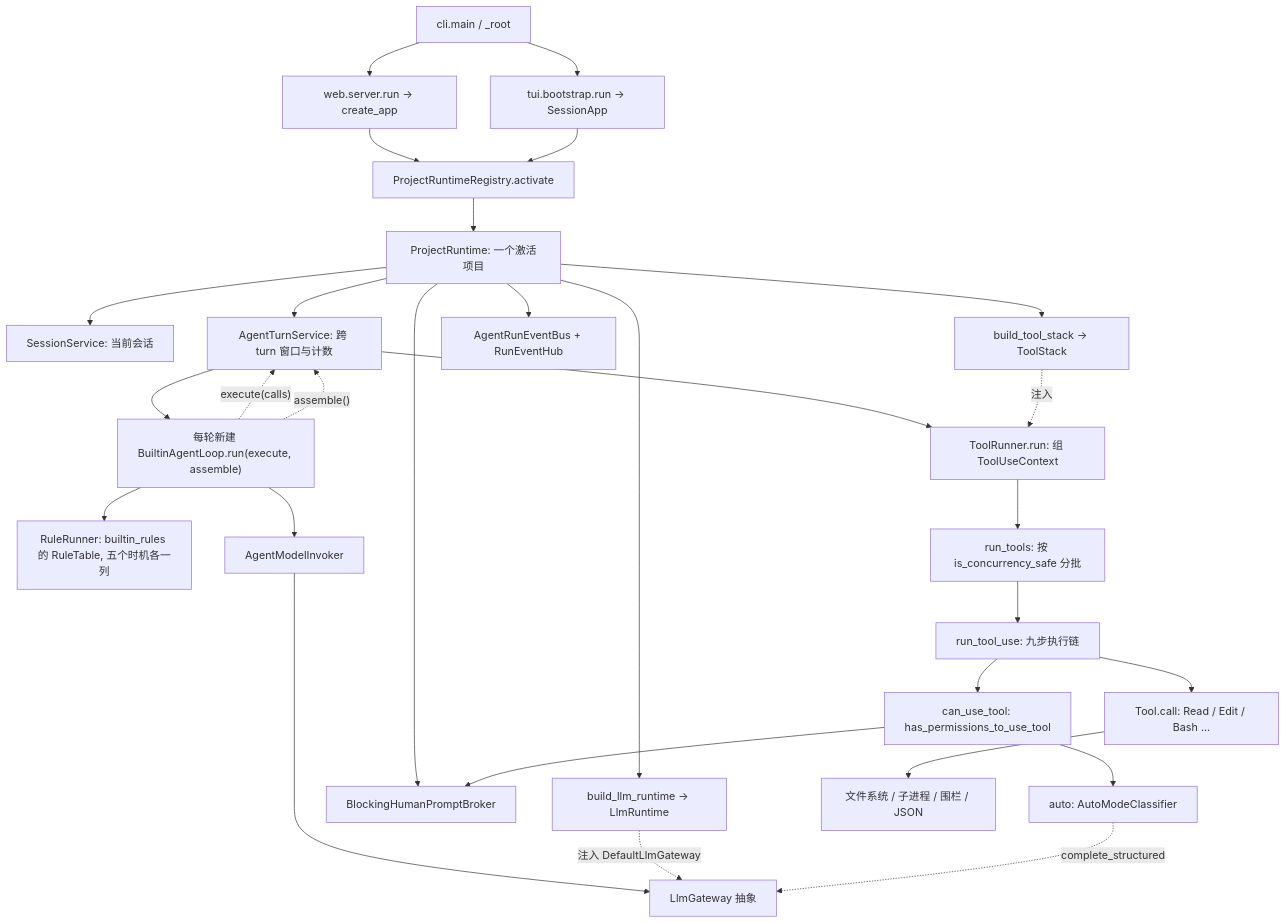
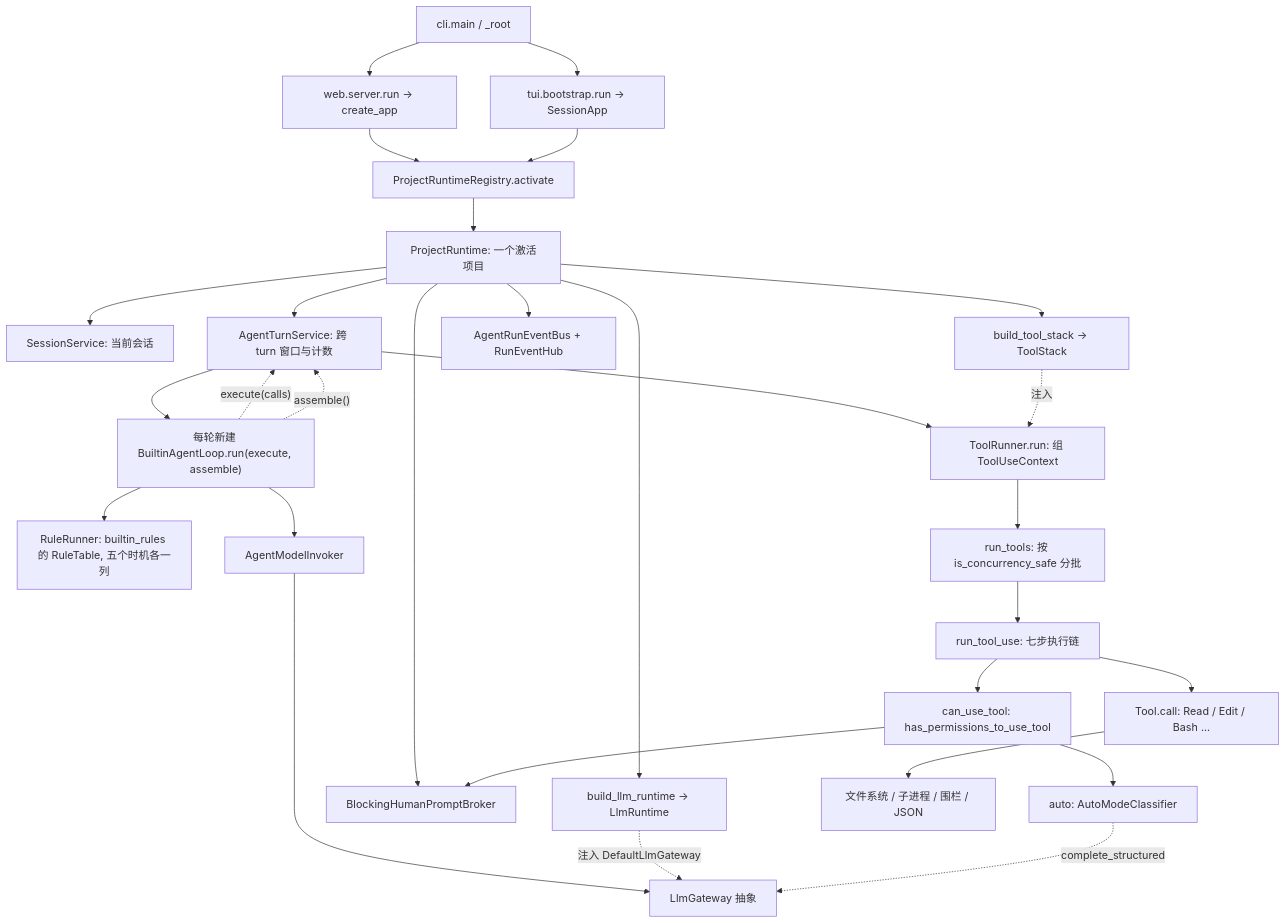
Before and after one commit to qubaolai/ForgeCLI: the first of 53 diagrams in docs/06-代码阅读线路.md, drawn with Mermaid. The commit also changed other lines of this file and 54 other files, not shown here.

````diff
--- a/docs/06-代码阅读线路.md
+++ b/docs/06-代码阅读线路.md
@@ -95,31 +95,31 @@
 ```mermaid
 flowchart TD
     Entry["cli.main / _root"] --> Web["web.server.run → create_app"]
     Entry --> Tui["tui.bootstrap.run → SessionApp"]
     Web --> Registry["ProjectRuntimeRegistry.activate"]
     Tui --> Registry
     Registry --> Runtime["ProjectRuntime: 一个激活项目"]
     Runtime --> Session["SessionService: 当前会话"]
     Runtime --> Turn["AgentTurnService: 跨 turn 窗口与计数"]
     Runtime --> Stack["build_tool_stack → ToolStack"]
     Runtime --> Llm["build_llm_runtime → LlmRuntime"]
     Runtime --> Bus["AgentRunEventBus + RunEventHub"]
     Runtime --> Prompt["BlockingHumanPromptBroker"]
     Turn --> Loop["每轮新建 BuiltinAgentLoop.run(execute, assemble)"]
     Loop --> Rules["RuleRunner: builtin_rules 的 RuleTable, 五个时机各一列"]
     Loop --> Invoker["AgentModelInvoker"]
     Invoker --> Gateway["LlmGateway 抽象"]
     Llm -. "注入 DefaultLlmGateway" .-> Gateway
     Loop -. "execute(calls)" .-> Turn
     Loop -. "assemble()" .-> Turn
     Turn --> Runner["ToolRunner.run: 组 ToolUseContext"]
     Stack -. "注入" .-> Runner
     Runner --> Orchestration["run_tools: 按 is_concurrency_safe 分批"]
-    Orchestration --> Chain["run_tool_use: 九步执行链"]
+    Orchestration --> Chain["run_tool_use: 七步执行链"]
     Chain --> CanUse["can_use_tool: has_permissions_to_use_tool"]
     CanUse --> Classifier["auto: AutoModeClassifier"]
     Classifier -. "complete_structured" .-> Gateway
     CanUse --> Prompt
     Chain --> Tools["Tool.call: Read / Edit / Bash ..."]
     Tools --> Adapters["文件系统 / 子进程 / 围栏 / JSON"]
 ```
````
